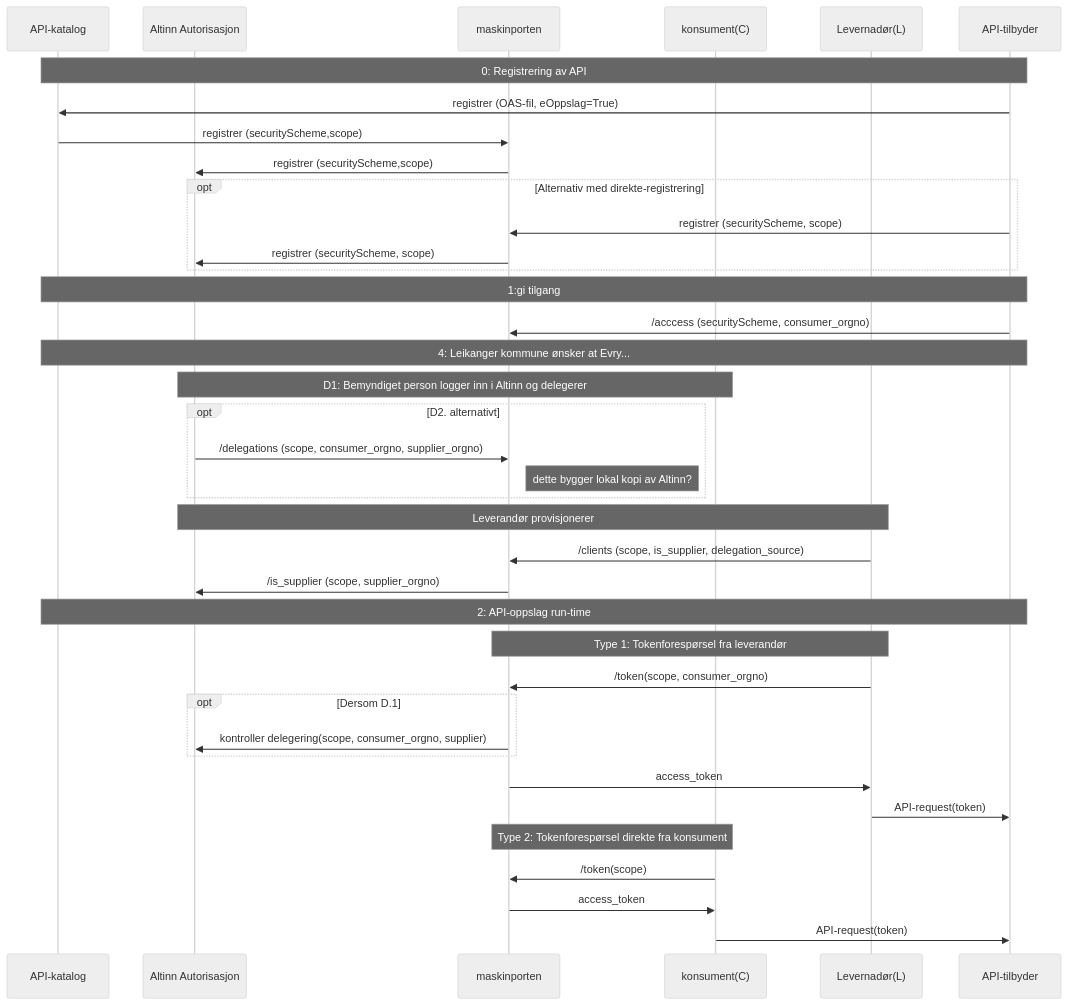
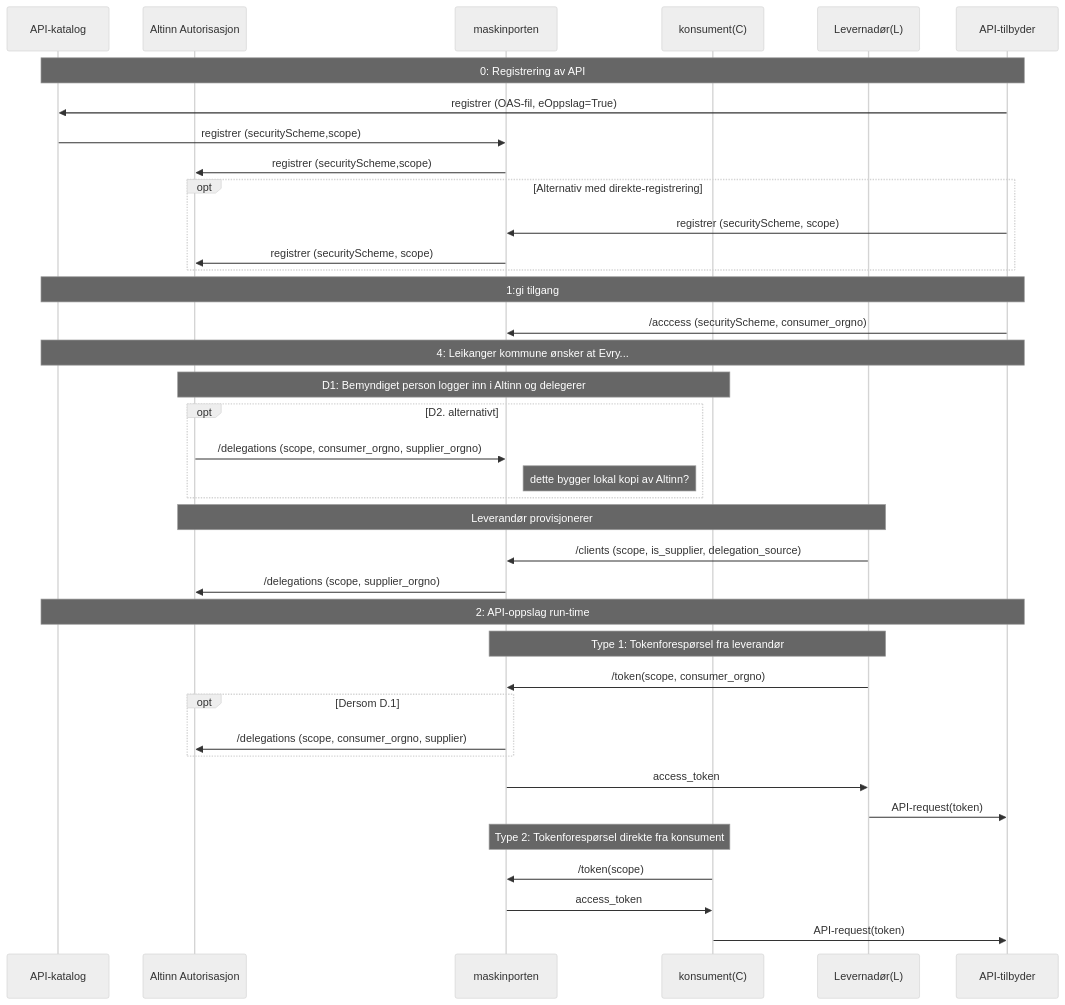
Before and after one commit to joergenb/oauth2-veileder: the diagram in pages/eoppslag/eoppslag_sbb_oauth2_scopes.md, drawn with Mermaid (neutral theme).

Commit message:
korrekt bruk av delegations-API

```diff
--- a/pages/eoppslag/eoppslag_sbb_oauth2_scopes.md
+++ b/pages/eoppslag/eoppslag_sbb_oauth2_scopes.md
@@ -95,50 +95,50 @@
 <div class="mermaid">
 sequenceDiagram
 
   participant AP as API-katalog
   participant AA as Altinn Autorisasjon
   participant MP AS maskinporten
   participant C AS konsument(C)
   participant L AS Levernadør(L)
   participant A as API-tilbyder
 
   note over AP,A: 0: Registrering av API   
   A->>AP: registrer (OAS-fil, eOppslag=True)
   AP->>MP: registrer (securityScheme,scope)
   MP->>AA: registrer (securityScheme,scope)
 
   opt Alternativ med direkte-registrering
    A->>MP: registrer (securityScheme, scope)
    MP->>AA: registrer (securityScheme, scope)
   end
 
   note over AP,A: 1:gi tilgang
   A->>MP: /acccess (securityScheme, consumer_orgno)
 
   note over AP,A: 4: Leikanger kommune ønsker at Evry...
   note over AA,C: D1: Bemyndiget person logger inn i Altinn og delegerer
   opt D2. alternativt
   AA->>MP: /delegations (scope, consumer_orgno, supplier_orgno)
   note right of MP: dette bygger lokal kopi av Altinn?
   end
 
   note over AA,L: Leverandør provisjonerer
   L->>MP: /clients (scope, is_supplier, delegation_source)
-  MP->>AA: /is_supplier (scope, supplier_orgno)
+  MP->>AA: /delegations (scope, supplier_orgno)
 
   note over AP,A: 2: API-oppslag run-time
 
   note over L,MP: Type 1: Tokenforespørsel fra leverandør
   L->>MP: /token(scope, consumer_orgno)
   opt Dersom D.1
-    MP->>AA: kontroller delegering(scope, consumer_orgno, supplier)
+    MP->>AA: /delegations (scope, consumer_orgno, supplier)
   end
   MP->>L: access_token
   L->>A: API-request(token)
 
   note over C,MP: Type 2: Tokenforespørsel direkte fra konsument
   C->>MP: /token(scope)
   MP->>C: access_token
   C->>A: API-request(token)
 
   </div>
```
